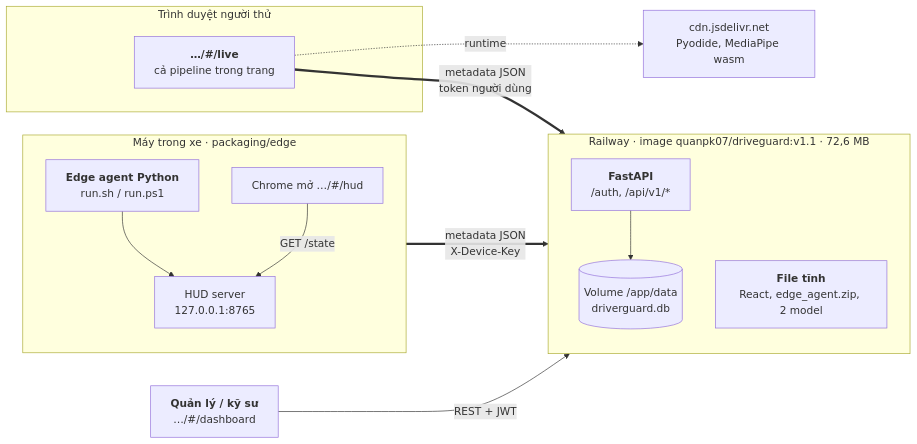
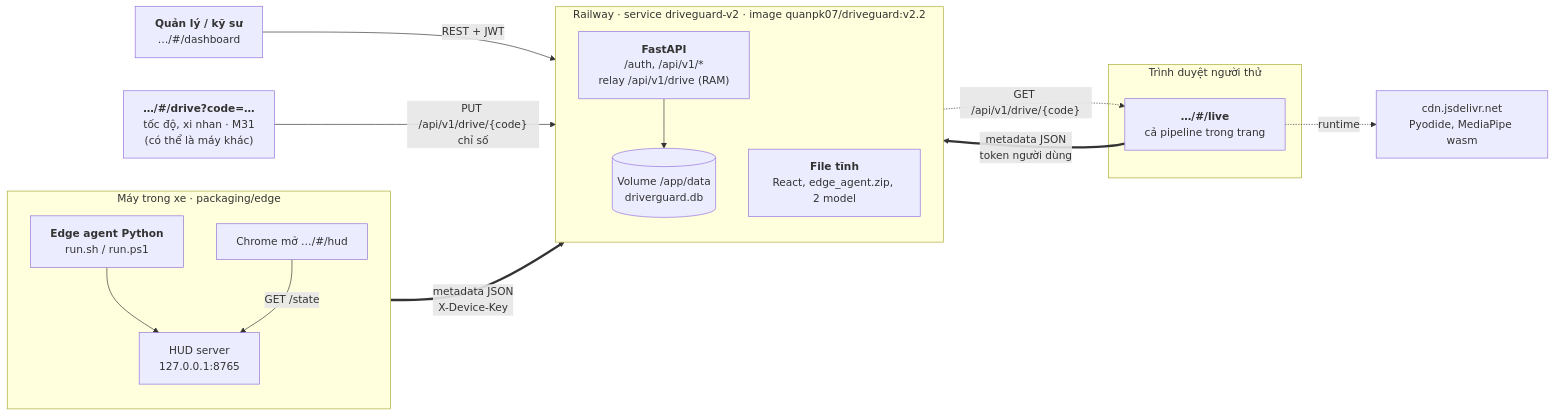
The fourth of 5 diagrams in docs/architecture_diagram.md (doananhquan26072005/driverguard), drawn with Mermaid before and after one commit. The commit also changed other lines of this file, not shown here.

First line of the commit message:
docs(architecture): bring the diagrams up to M31 and the v2.2 deploy

````diff
--- a/docs/architecture_diagram.md
+++ b/docs/architecture_diagram.md
@@ -169,32 +170,36 @@
 ```mermaid
 flowchart LR
     subgraph CAR["Máy trong xe · packaging/edge"]
         direction TB
         EA["<b>Edge agent Python</b><br/>run.sh / run.ps1"]
         HS["HUD server<br/>127.0.0.1:8765"]
         CH["Chrome mở …/#/hud"]
         EA --> HS
         CH -- "GET /state" --> HS
     end
 
     subgraph VIS["Trình duyệt người thử"]
         LIVE["<b>…/#/live</b><br/>cả pipeline trong trang"]
     end
 
+    REMOTE["<b>…/#/drive?code=…</b><br/>tốc độ, xi nhan · M31<br/>(có thể là máy khác)"]
+
     MGR["<b>Quản lý / kỹ sư</b><br/>…/#/dashboard"]
 
-    subgraph RW["Railway · image quanpk07/driveguard:v1.1 · 72,6 MB"]
+    subgraph RW["Railway · service driveguard-v2 · image quanpk07/driveguard:v2.2"]
         direction TB
-        APIR["<b>FastAPI</b><br/>/auth, /api/v1/*"]
+        APIR["<b>FastAPI</b><br/>/auth, /api/v1/*<br/>relay /api/v1/drive (RAM)"]
         STATIC["<b>File tĩnh</b><br/>React, edge_agent.zip, 2 model"]
         VOL[("Volume /app/data<br/>driverguard.db")]
         APIR --> VOL
     end
 
     CDN["cdn.jsdelivr.net<br/>Pyodide, MediaPipe wasm"]
 
     EA == "metadata JSON<br/>X-Device-Key" ==> APIR
     LIVE == "metadata JSON<br/>token người dùng" ==> APIR
     MGR -- "REST + JWT" --> APIR
+    REMOTE -- "PUT /api/v1/drive/{code}<br/>chỉ số" --> APIR
+    APIR -. "GET /api/v1/drive/{code}" .-> LIVE
     LIVE -. runtime .-> CDN
 ```
````
